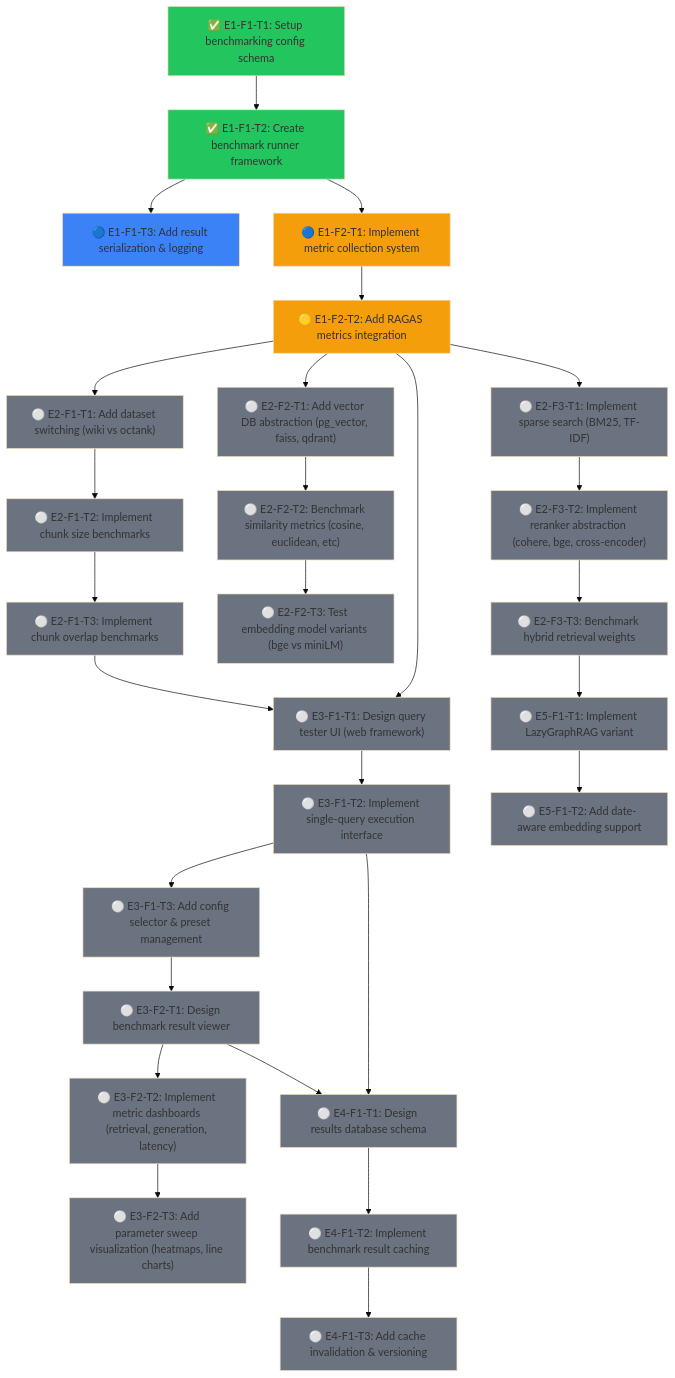
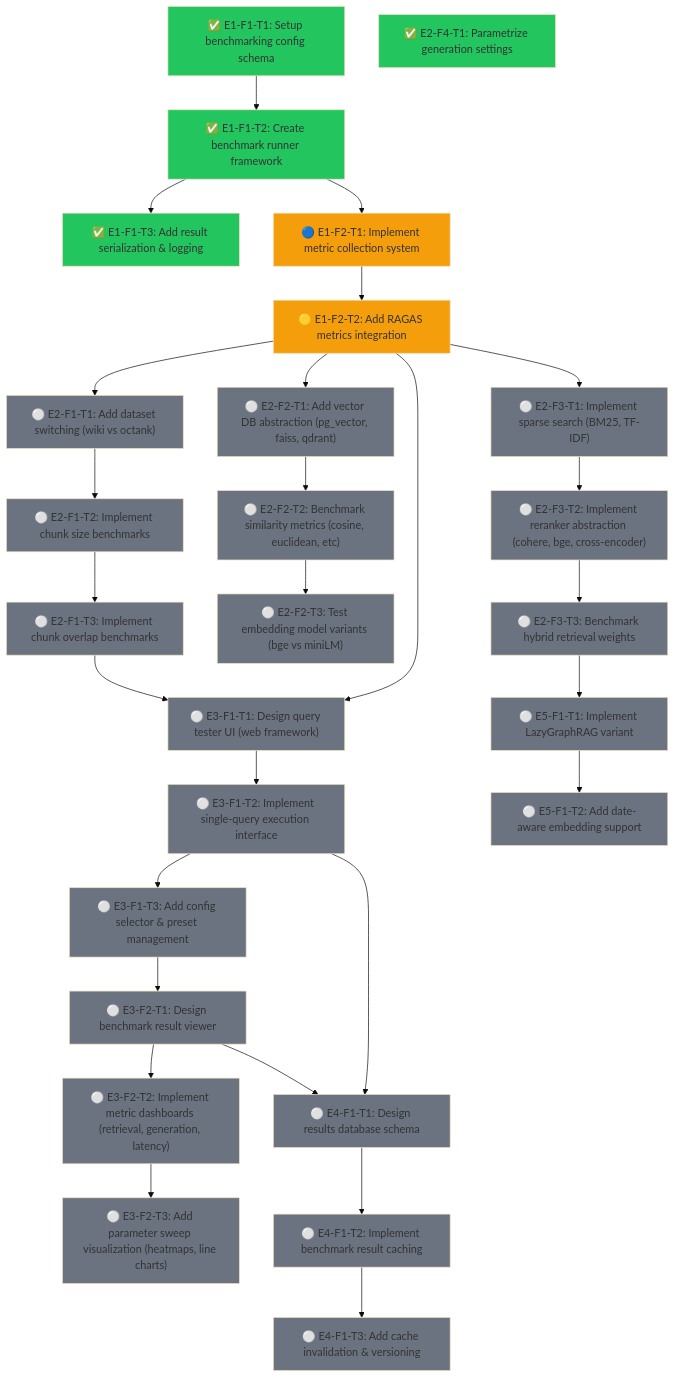
Before and after one commit to Vutiot/EvenementsRAG: the diagram in ROADMAP.md, drawn with Mermaid (base theme). The commit also changed other lines of this file and 3 other files, not shown here.

First line of the commit message:
E1-F1-T3: add result serialization & auto-save logging

```diff
--- a/ROADMAP.md
+++ b/ROADMAP.md
@@ -14,7 +14,7 @@
 graph TD
   E1F1T1["✅ E1-F1-T1: Setup benchmarking config schema"]
   E1F1T2["✅ E1-F1-T2: Create benchmark runner framework"]
-  E1F1T3["🔵 E1-F1-T3: Add result serialization & logging"]
+  E1F1T3["✅ E1-F1-T3: Add result serialization & logging"]
 
   E1F2T1["🔵 E1-F2-T1: Implement metric collection system"]
   E1F2T2["🟡 E1-F2-T2: Add RAGAS metrics integration"]
@@ -30,6 +30,7 @@
   E2F3T1["⚪ E2-F3-T1: Implement sparse search (BM25, TF-IDF)"]
   E2F3T2["⚪ E2-F3-T2: Implement reranker abstraction (cohere, bge, cross-encoder)"]
   E2F3T3["⚪ E2-F3-T3: Benchmark hybrid retrieval weights"]
+  E2F4T1["✅ E2-F4-T1: Parametrize generation settings"]
 
   E3F1T1["⚪ E3-F1-T1: Design query tester UI (web framework)"]
   E3F1T2["⚪ E3-F1-T2: Implement single-query execution interface"]
@@ -79,7 +80,7 @@
 
   style E1F1T1 fill:#22c55e
   style E1F1T2 fill:#22c55e
-  style E1F1T3 fill:#3b82f6
+  style E1F1T3 fill:#22c55e
   style E1F2T1 fill:#f59e0b
   style E1F2T2 fill:#f59e0b
   style E2F1T1 fill:#6b7280
@@ -91,6 +92,7 @@
   style E2F3T1 fill:#6b7280
   style E2F3T2 fill:#6b7280
   style E2F3T3 fill:#6b7280
+  style E2F4T1 fill:#22c55e
   style E3F1T1 fill:#6b7280
   style E3F1T2 fill:#6b7280
   style E3F1T3 fill:#6b7280
```
